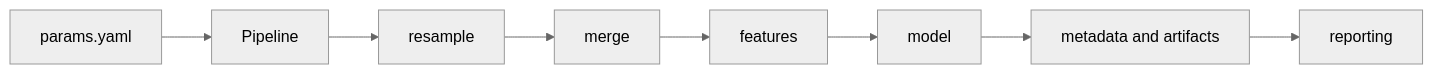
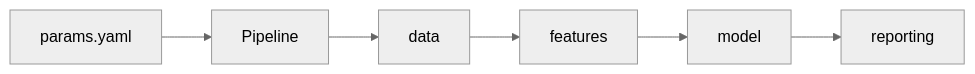
Before and after one commit to corybaird/stats-transformer: the first of 4 diagrams in docs/library/architecture.md, drawn with Mermaid (neutral theme). The commit also changed other lines of this file and 3 other files, not shown here.

Commit message:
DOCS update architecture, notebook, example and changelog for four research stages

````diff
--- a/docs/library/architecture.md
+++ b/docs/library/architecture.md
@@ -11,10 +11,8 @@
 ```mermaid
 flowchart LR
     A[params.yaml] --> B[Pipeline]
-    B --> C[resample]
-    C --> D[merge]
-    D --> E[features]
-    E --> F[model]
-    F --> G[metadata and artifacts]
-    G --> H[reporting]
+    B --> C[data]
+    C --> D[features]
+    D --> E[model]
+    E --> F[reporting]
 ```
````
